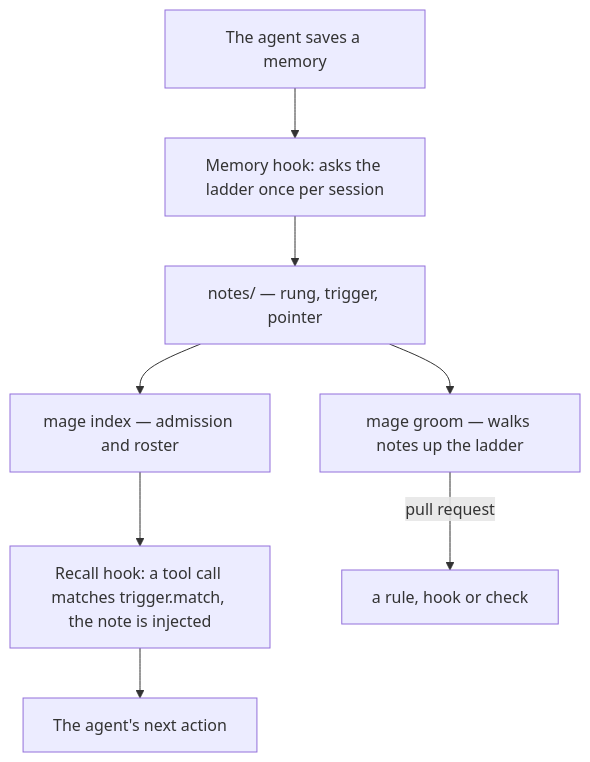
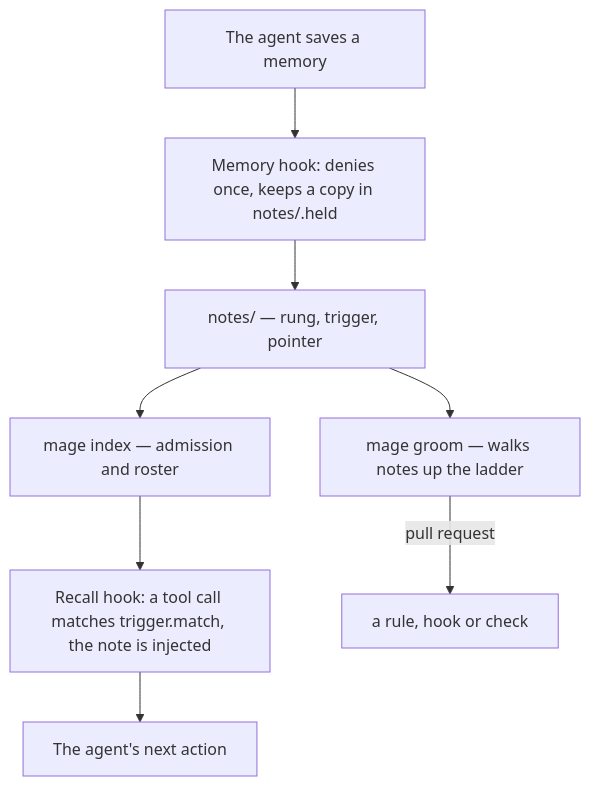
Before and after one commit to Sumit1993/mage-memory: the diagram in docs/src/content/docs/loop/overview.md, drawn with Mermaid. The commit also changed other lines of this file and 18 other files, not shown here.

First line of the commit message:
feat: the memory hook denies once and keeps a redacted copy; the ladder marker is per agent (#282)

````diff
--- a/docs/src/content/docs/loop/overview.md
+++ b/docs/src/content/docs/loop/overview.md
@@ -26,10 +26,10 @@
-```mermaid The ladder: a memory write asks the ladder once per session, a note that passes admission is recalled when a tool call matches its trigger, and mage groom walks existing notes up and lands the change by pull request.
+```mermaid The ladder: a memory write is denied once per session and agent with a copy kept, a note that passes admission is recalled when a tool call matches its trigger, and mage groom walks existing notes up and lands the change by pull request.
 flowchart TD
-  save["The agent saves a memory"] --> gate["Memory hook: asks the ladder once per session"]
+  save["The agent saves a memory"] --> gate["Memory hook: denies once, keeps a copy in notes/.held"]
   gate --> note["notes/ — rung, trigger, pointer"]
   note --> idx["mage index — admission and roster"]
   idx --> recall["Recall hook: a tool call matches trigger.match, the note is injected"]
   recall --> work["The agent's next action"]
   note --> groom["mage groom — walks notes up the ladder"]
   groom -->|pull request| higher["a rule, hook or check"]
 ```
````
